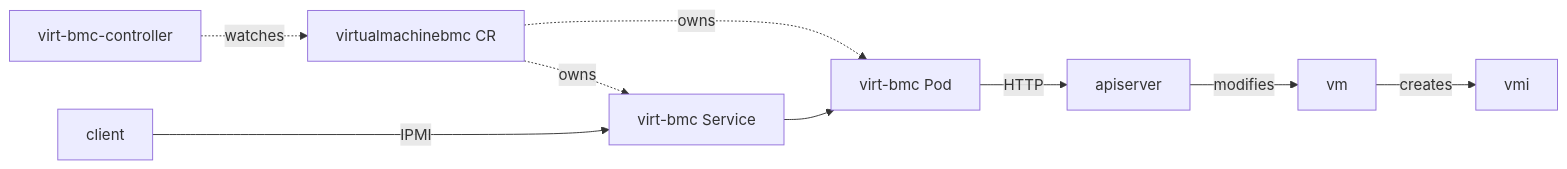
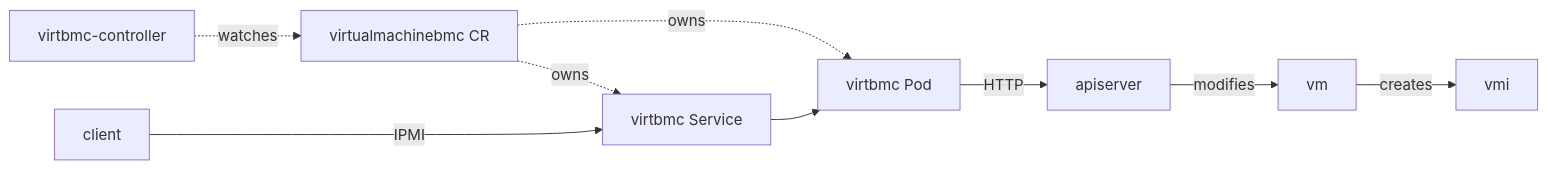
One commit to starbops/kubevirtbmc changed the second of 2 diagrams in README.md. Above: the diagram before and after it, drawn with Mermaid. The commit also changed other lines of this file and 51 other files, not shown here.

````diff
--- a/README.md
+++ b/README.md
@@ -44,15 +44,15 @@
 ```mermaid
 flowchart LR
-    controller["virt-bmc-controller"]
+    controller["virtbmc-controller"]
     cr["virtualmachinebmc CR"]
-    virt-bmc-pod["virt-bmc Pod"]
-    virt-bmc-svc["virt-bmc Service"]
+    virtbmc-pod["virtbmc Pod"]
+    virtbmc-svc["virtbmc Service"]
     controller-.->|watches|cr
-    cr-.->|owns|virt-bmc-svc
-    cr-.->|owns|virt-bmc-pod
-    client--->|IPMI|virt-bmc-svc
-    virt-bmc-svc-->virt-bmc-pod
-    virt-bmc-pod-->|HTTP|apiserver
+    cr-.->|owns|virtbmc-svc
+    cr-.->|owns|virtbmc-pod
+    client--->|IPMI|virtbmc-svc
+    virtbmc-svc-->virtbmc-pod
+    virtbmc-pod-->|HTTP|apiserver
     apiserver-->|modifies|vm
     vm-->|creates|vmi
 ```
````
